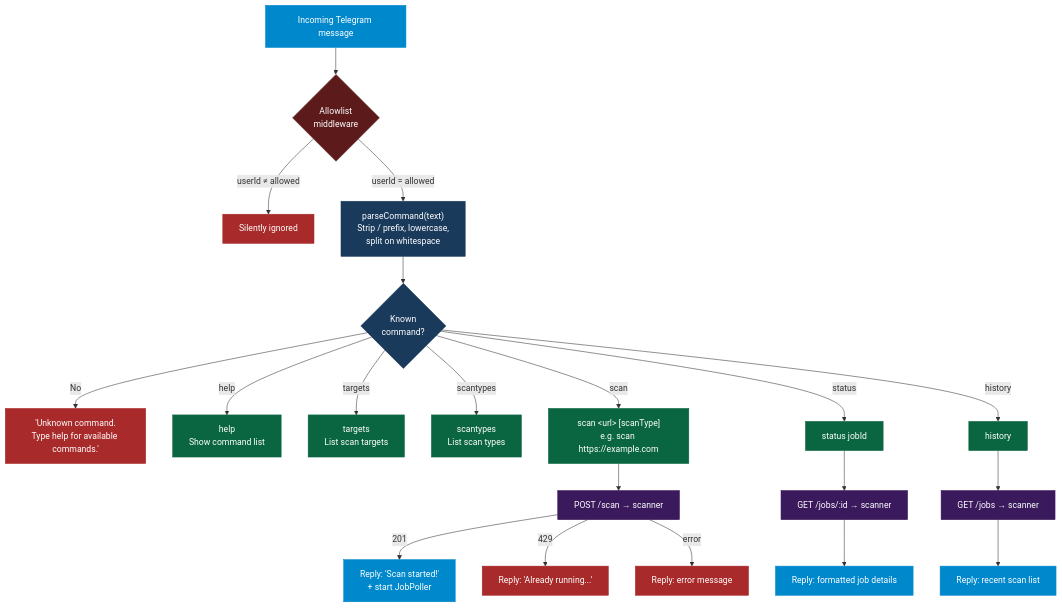
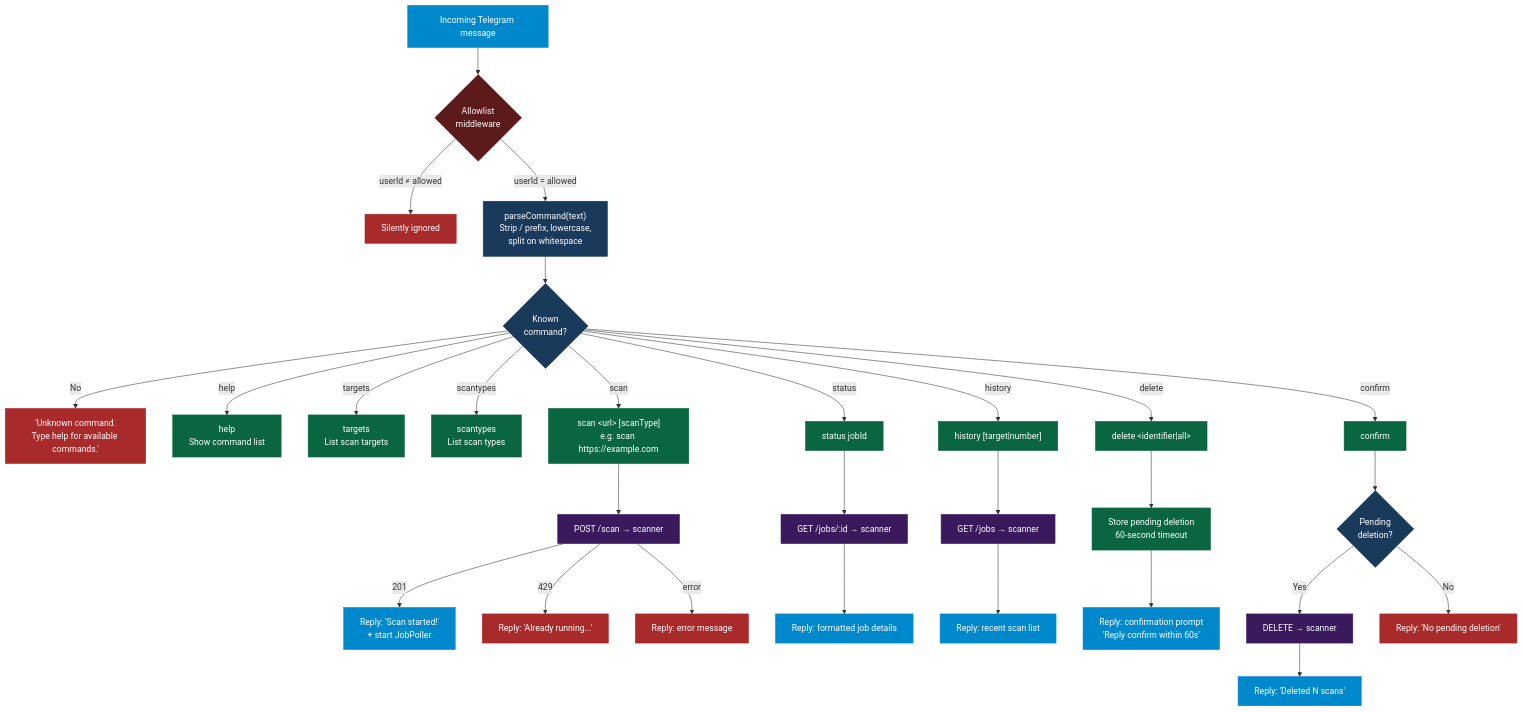
The diagram in docs/howitworks/07-telegram-commands.md (kirinmurphy/penetragent), drawn with Mermaid before and after one commit. The commit also changed 60 other files, not shown here.

````diff
--- a/docs/howitworks/07-telegram-commands.md
+++ b/docs/howitworks/07-telegram-commands.md
@@ -3,53 +3,70 @@
 ```mermaid
 flowchart TD
     classDef telegram fill:#0088cc,color:#ffffff,stroke:#0088cc
     classDef middleware fill:#5c1a1a,color:#ffffff,stroke:#5c1a1a
     classDef parser fill:#1a3a5c,color:#ffffff,stroke:#1a3a5c
     classDef command fill:#0a6640,color:#ffffff,stroke:#0a6640
     classDef error fill:#a82a2a,color:#ffffff,stroke:#a82a2a
     classDef scanner fill:#3a1a5c,color:#ffffff,stroke:#3a1a5c
 
     MSG["Incoming Telegram message"]:::telegram
     ALLOW{Allowlist<br/>middleware}:::middleware
     DROP["Silently ignored"]:::error
     PARSE["parseCommand(text)<br/>Strip / prefix, lowercase,<br/>split on whitespace"]:::parser
     KNOWN{Known<br/>command?}:::parser
     UNKNOWN["'Unknown command.<br/>Type help for available commands.'"]:::error
 
     HELP["help<br/>Show command list"]:::command
     TARGETS["targets<br/>List scan targets"]:::command
     SCANTYPES["scantypes<br/>List scan types"]:::command
     SCAN["scan &lt;url&gt; [scanType]<br/>e.g. scan https://example.com"]:::command
     STATUS["status jobId"]:::command
-    HISTORY["history"]:::command
+    HISTORY["history [target|number]"]:::command
+    DELETE["delete &lt;identifier|all&gt;"]:::command
+    CONFIRM["confirm"]:::command
 
     SCAN_API["POST /scan → scanner"]:::scanner
     SCAN_OK["Reply: 'Scan started!'<br/>+ start JobPoller"]:::telegram
     SCAN_429["Reply: 'Already running...'"]:::error
     SCAN_ERR["Reply: error message"]:::error
 
     STATUS_API["GET /jobs/:id → scanner"]:::scanner
     STATUS_OK["Reply: formatted job details"]:::telegram
     HISTORY_API["GET /jobs → scanner"]:::scanner
     HISTORY_OK["Reply: recent scan list"]:::telegram
+
+    DELETE_PENDING["Store pending deletion<br/>60-second timeout"]:::command
+    DELETE_PROMPT["Reply: confirmation prompt<br/>'Reply confirm within 60s'"]:::telegram
+
+    CONFIRM_CHECK{Pending<br/>deletion?}:::parser
+    CONFIRM_DELETE["DELETE → scanner"]:::scanner
+    CONFIRM_OK["Reply: 'Deleted N scans'"]:::telegram
+    CONFIRM_NONE["Reply: 'No pending deletion'"]:::error
 
     MSG --> ALLOW
     ALLOW -- "userId ≠ allowed" --> DROP
     ALLOW -- "userId = allowed" --> PARSE
     PARSE --> KNOWN
     KNOWN -- "No" --> UNKNOWN
     KNOWN -- "help" --> HELP
     KNOWN -- "targets" --> TARGETS
     KNOWN -- "scantypes" --> SCANTYPES
     KNOWN -- "scan" --> SCAN
     KNOWN -- "status" --> STATUS
     KNOWN -- "history" --> HISTORY
+    KNOWN -- "delete" --> DELETE
+    KNOWN -- "confirm" --> CONFIRM
 
     SCAN --> SCAN_API
     SCAN_API -- "201" --> SCAN_OK
     SCAN_API -- "429" --> SCAN_429
     SCAN_API -- "error" --> SCAN_ERR
 
     STATUS --> STATUS_API --> STATUS_OK
     HISTORY --> HISTORY_API --> HISTORY_OK
+
+    DELETE --> DELETE_PENDING --> DELETE_PROMPT
+    CONFIRM --> CONFIRM_CHECK
+    CONFIRM_CHECK -- "Yes" --> CONFIRM_DELETE --> CONFIRM_OK
+    CONFIRM_CHECK -- "No" --> CONFIRM_NONE
 ```
````
